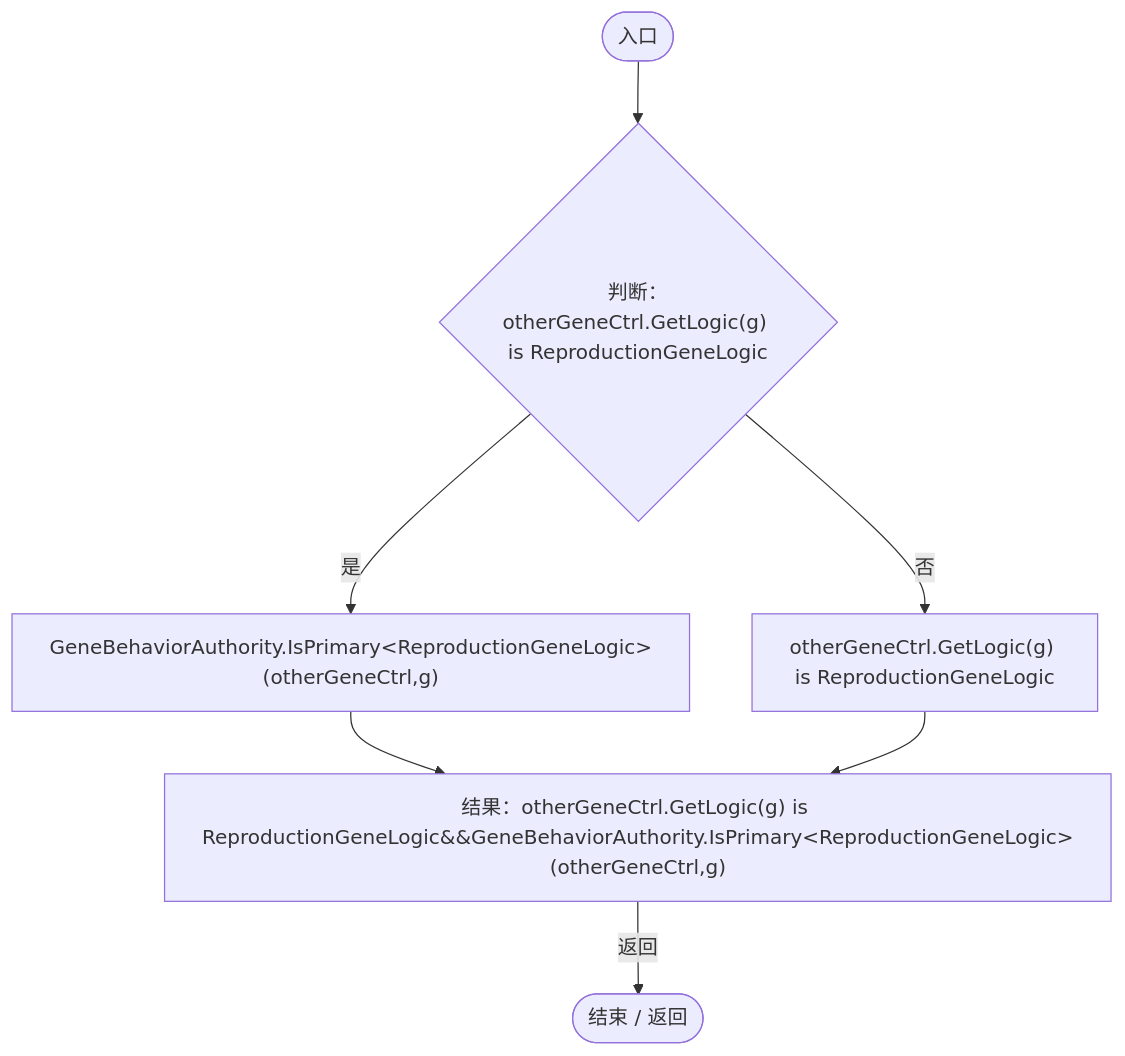
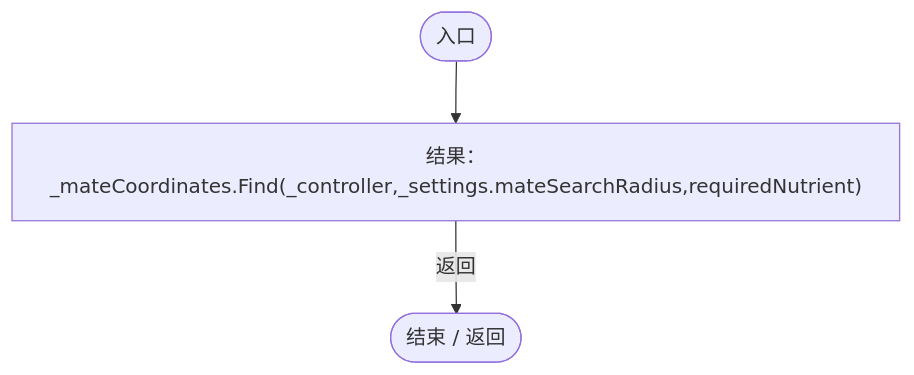
The eighth of 15 diagrams in Docs/运行流程图/脚本/ac319ea70bd8b723.md (xhs6666/Darwin_paradise), drawn with Mermaid before and after one commit. The commit also changed other lines of this file and 233 other files, not shown here.

````diff
--- a/Docs/运行流程图/脚本/ac319ea70bd8b723.md
+++ b/Docs/运行流程图/脚本/ac319ea70bd8b723.md
@@ -511,16 +413,9 @@
 ```mermaid
 flowchart TD
   b0(["入口"])
-  b1{"判断：otherGeneCtrl.GetLogic(g) is ReproductionGeneLogic"}
-  b2["GeneBehaviorAuthority.IsPrimary&lt;ReproductionGeneLogic&gt;(otherGeneCtrl,g)"]
-  b3["otherGeneCtrl.GetLogic(g) is ReproductionGeneLogic"]
-  b4["结果：otherGeneCtrl.GetLogic(g) is ReproductionGeneLogic&amp;&amp;GeneBehaviorAuthority.IsPrimary&lt;ReproductionGeneLogic&gt;(otherGeneCtrl,g)"]
-  b5(["结束 / 返回"])
+  b1["结果：_mateCoordinates.Find(_controller,_settings.mateSearchRadius,requiredNutrient)"]
+  b2(["结束 / 返回"])
   b0 --> b1
-  b1 -->|"是"| b2
-  b1 -->|"否"| b3
-  b2 --> b4
-  b3 --> b4
-  b4 -->|"返回"| b5
+  b1 -->|"返回"| b2
 
 ```
````
